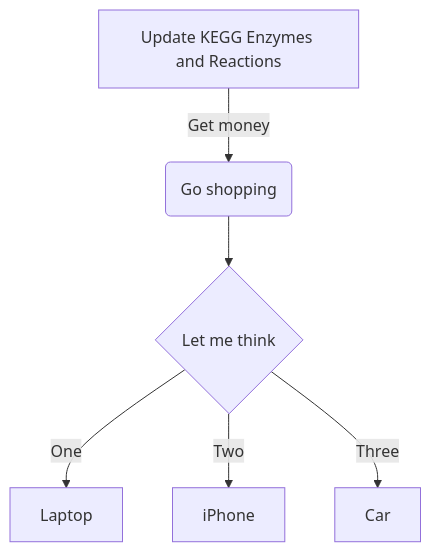
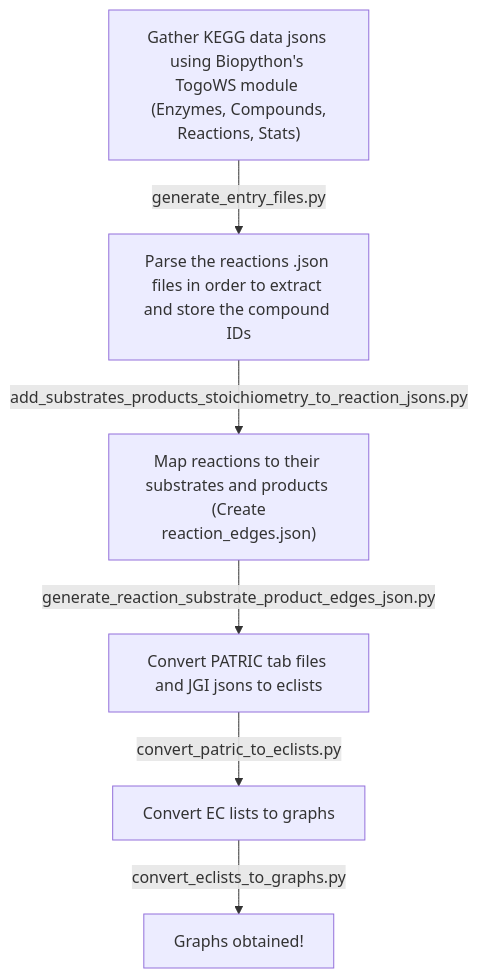
One commit to ELIFE-ASU/ecg changed the diagram in README.md. Above: the diagram before and after it, drawn with Mermaid. The commit also changed other lines of this file, not shown here.

Commit message:
updated workflow

````diff
--- a/README.md
+++ b/README.md
@@ -24,8 +26,8 @@
 ```mermaid
 graph TD
-A[Update KEGG Enzymes and Reactions] -->|Get money| B(Go shopping)
-B --> C{Let me think}
-C -->|One| D[Laptop]
-C -->|Two| E[iPhone]
-C -->|Three| F[Car]
+A["Gather KEGG data jsons using Biopython's TogoWS module <br> (Enzymes, Compounds, Reactions, Stats)"] -->|generate_entry_files.py| B["Parse the reactions .json files in order to extract and store the compound IDs"]
+B -->|add_substrates_products_stoichiometry_to_reaction_jsons.py| C["Map reactions to their substrates and products <br> (Create reaction_edges.json)"]
+C -->|generate_reaction_substrate_product_edges_json.py| D[Convert PATRIC tab files and JGI jsons to eclists]
+D -->|convert_patric_to_eclists.py| E[Convert EC lists to graphs]
+E -->|convert_eclists_to_graphs.py| F[Graphs obtained!]
 ```
````
